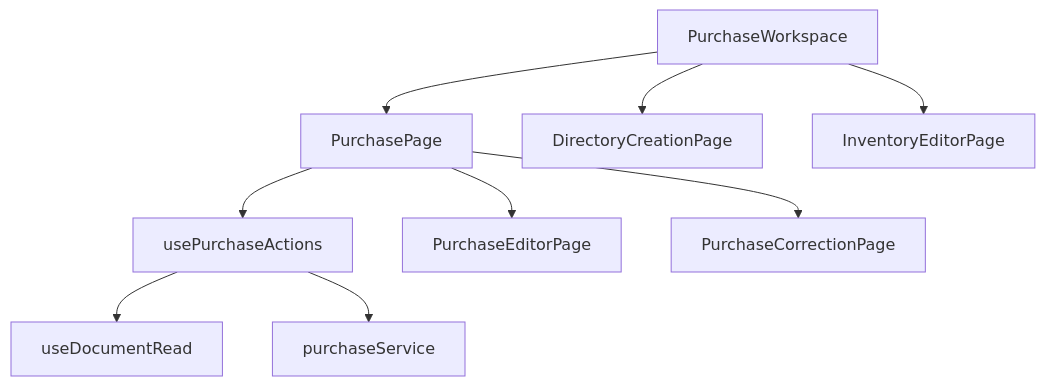
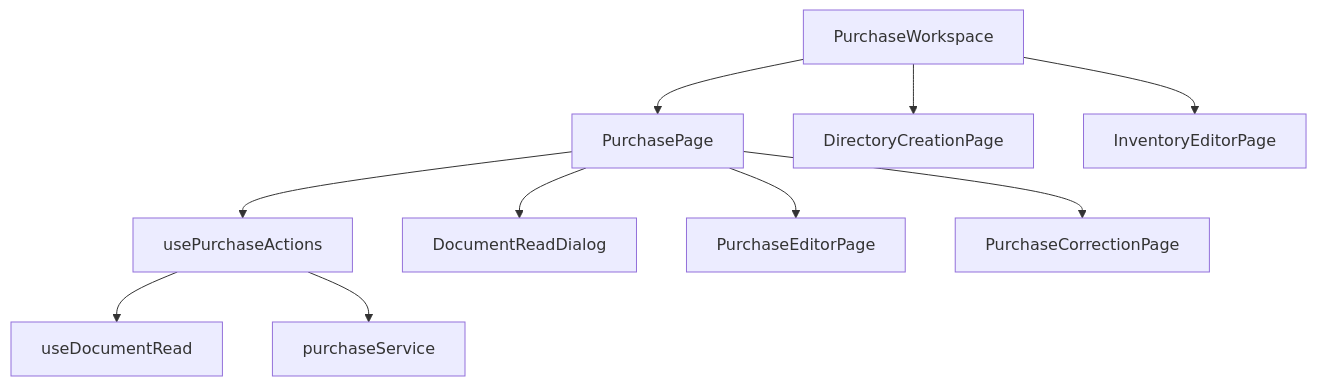
The first of 3 diagrams in front/docs/architecture/views/logical/components/06-purchases.md (gpgsistemas01/nexus), drawn with Mermaid before and after one commit. The commit also changed 79 other files, not shown here.

````diff
--- a/front/docs/architecture/views/logical/components/06-purchases.md
+++ b/front/docs/architecture/views/logical/components/06-purchases.md
@@ -7,20 +7,22 @@
 ```mermaid
 flowchart TB
     workspace["PurchaseWorkspace"]
     page["PurchasePage"]
     auxiliary["DirectoryCreationPage"]
     item["InventoryEditorPage"]
     actions["usePurchaseActions"]
     read["useDocumentRead"]
+    readDialog["DocumentReadDialog"]
     editorPage["PurchaseEditorPage"]
     correctionPage["PurchaseCorrectionPage"]
     service["purchaseService"]
     workspace --> page
     workspace --> auxiliary
     workspace --> item
+    page --> readDialog
     page --> actions
     page --> editorPage
     page --> correctionPage
     actions --> read
     actions --> service
 ```
````
